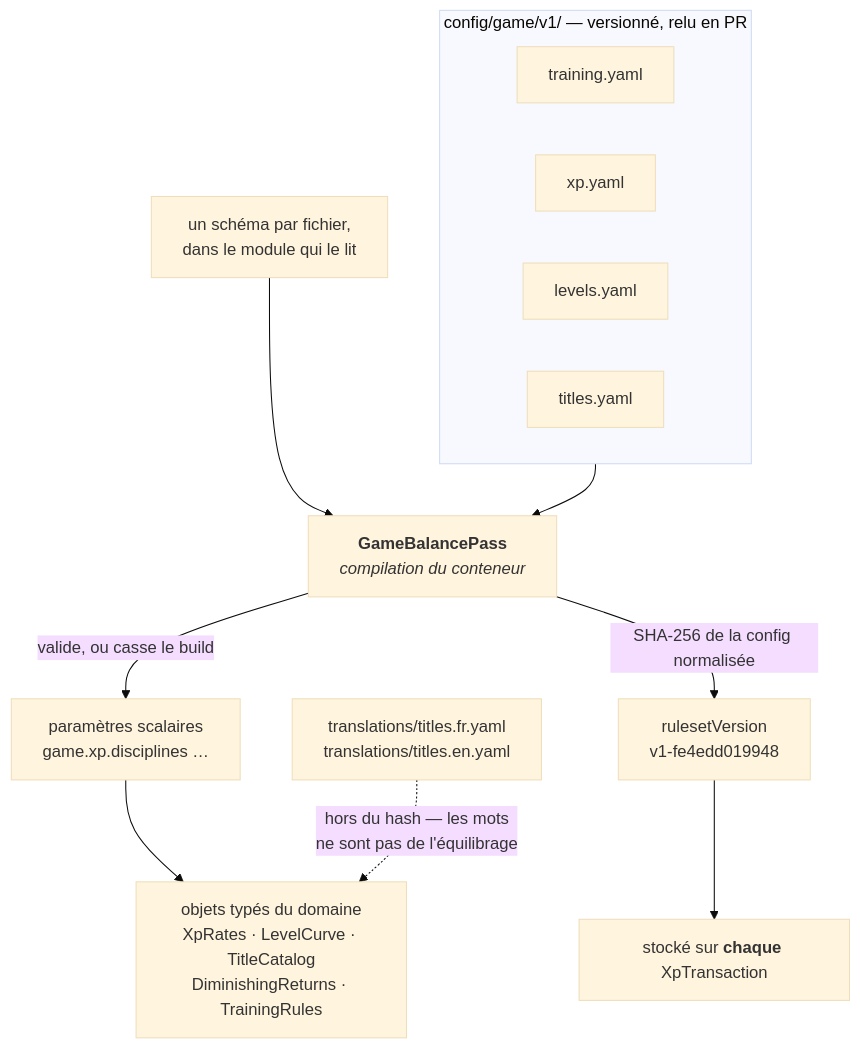
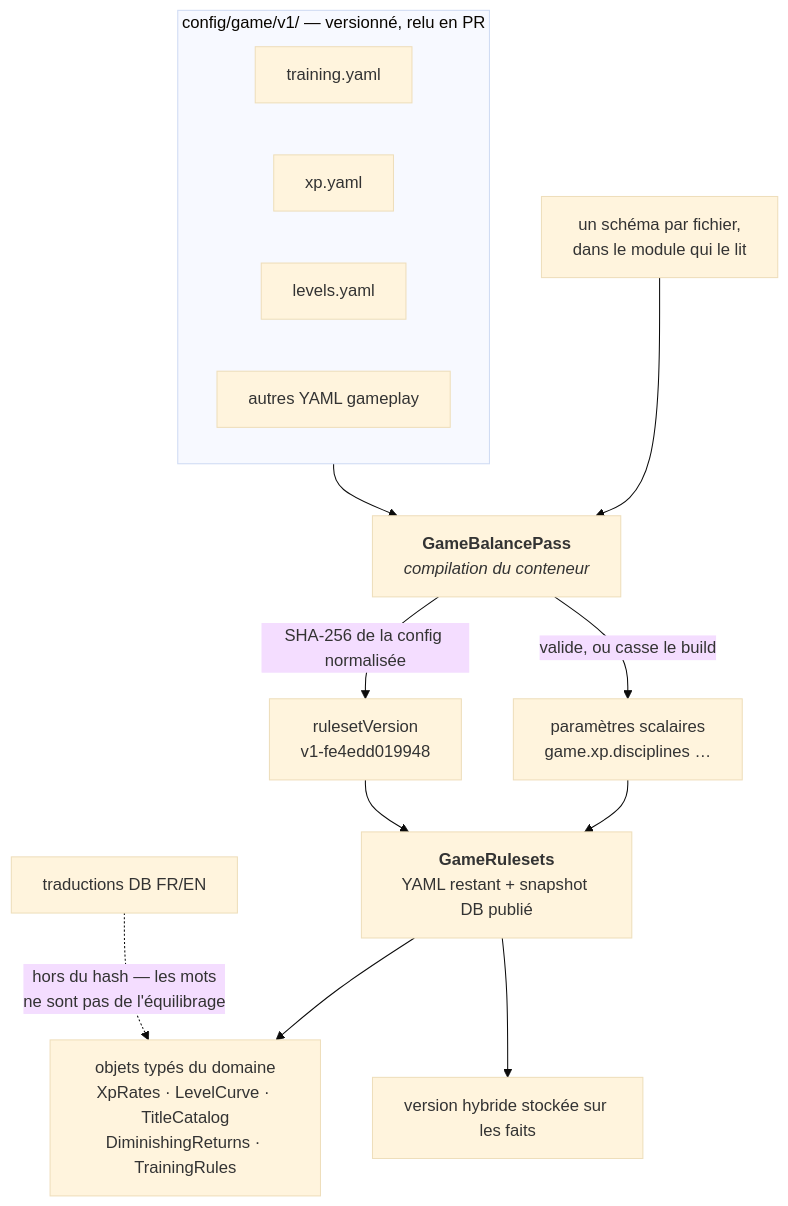
Diagram 12 of 13 in ARCHITECTURE.md (younesdiouri/grrind-back), drawn with Mermaid (base theme) before and after one commit. The commit also changed other lines of this file and 3 other files, not shown here.

First line of the commit message:
docs(ruleset): nommer le snapshot publié

````diff
--- a/ARCHITECTURE.md
+++ b/ARCHITECTURE.md
@@ -587,20 +588,22 @@
 ```mermaid
 flowchart TB
     subgraph yaml["config/game/v1/ — versionné, relu en PR"]
         y1["training.yaml"]
         y2["xp.yaml"]
         y3["levels.yaml"]
-        y4["titles.yaml"]
+        y4["autres YAML gameplay"]
     end
 
     yaml --> pass["<b>GameBalancePass</b><br/><i>compilation du conteneur</i>"]
     schema["un schéma par fichier,<br/>dans le module qui le lit"] --> pass
 
     pass -->|"valide, ou casse le build"| params["paramètres scalaires<br/>game.xp.disciplines …"]
     pass -->|"SHA-256 de la config normalisée"| version["rulesetVersion<br/>v1-fe4edd019948"]
 
-    params --> objs["objets typés du domaine<br/>XpRates · LevelCurve · TitleCatalog<br/>DiminishingReturns · TrainingRules"]
-    version --> tx["stocké sur <b>chaque</b> XpTransaction"]
+    params --> ruleset["<b>GameRulesets</b><br/>YAML restant + snapshot DB publié"]
+    ruleset --> objs["objets typés du domaine<br/>XpRates · LevelCurve · TitleCatalog<br/>DiminishingReturns · TrainingRules"]
+    version --> ruleset
+    ruleset --> tx["version hybride stockée sur les faits"]
 
-    trad["translations/titles.fr.yaml<br/>translations/titles.en.yaml"] -.->|"hors du hash — les mots<br/>ne sont pas de l'équilibrage"| objs
+    trad["traductions DB FR/EN"] -.->|"hors du hash — les mots<br/>ne sont pas de l'équilibrage"| objs
 ```
````
